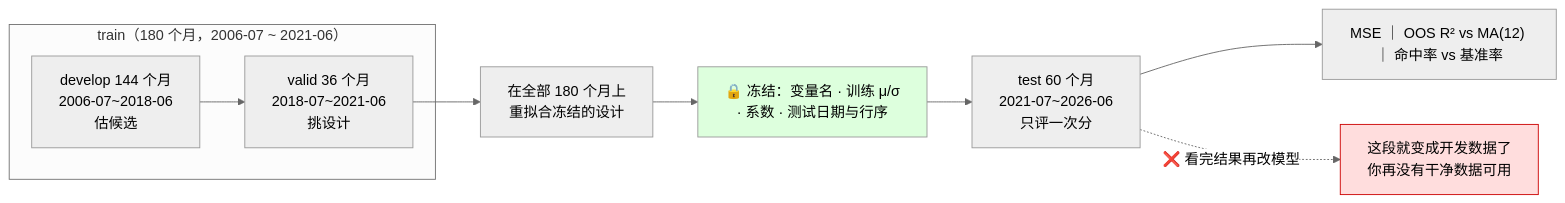
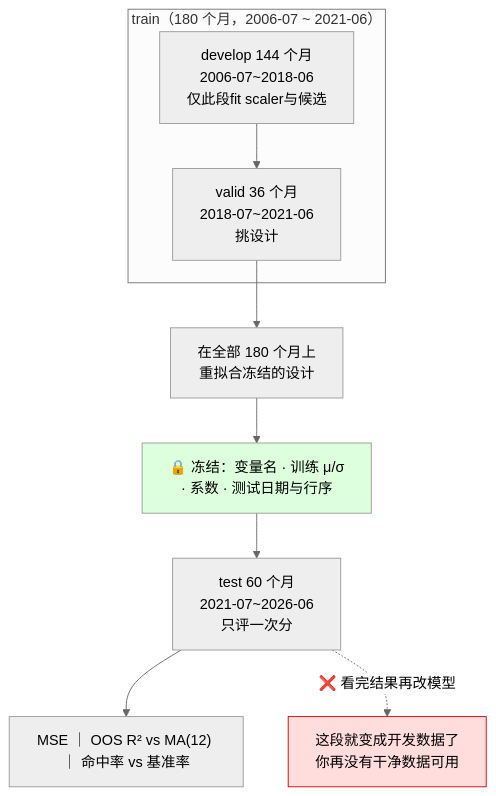
One commit to CercaTrovato/cityu-ai-course-notes changed the fifth of 5 diagrams in EF5560_Fintech_and_AI_in_Finance/notes/M02-回归与样本外设计.md. Above: the diagram before and after it, drawn with Mermaid (neutral theme). The commit also changed other lines of this file and 116 other files, not shown here.

````diff
--- a/EF5560_Fintech_and_AI_in_Finance/notes/M02-回归与样本外设计.md
+++ b/EF5560_Fintech_and_AI_in_Finance/notes/M02-回归与样本外设计.md
@@ -1190,13 +1360,13 @@
 ```mermaid
-flowchart LR
+flowchart TD
     subgraph TR["train（180 个月，2006-07 ~ 2021-06）"]
-      D["develop 144 个月<br/>2006-07~2018-06<br/>估候选"] --> V["valid 36 个月<br/>2018-07~2021-06<br/>挑设计"]
+      D["develop 144 个月<br/>2006-07~2018-06<br/>仅此段fit scaler与候选"] --> V["valid 36 个月<br/>2018-07~2021-06<br/>挑设计"]
     end
     V --> R["在全部 180 个月上<br/>重拟合冻结的设计"]
     R --> F["🔒 冻结：变量名 · 训练 μ/σ<br/>· 系数 · 测试日期与行序"]
     F --> T["test 60 个月<br/>2021-07~2026-06<br/>只评一次分"]
     T --> S["MSE ｜ OOS R² vs MA(12) ｜ 命中率 vs 基准率"]
     T -.->|"❌ 看完结果再改模型"| Z["这段就变成开发数据了<br/>你再没有干净数据可用"]
     style F fill:#dfd
     style Z fill:#fdd,stroke:#c00
 ```
````
